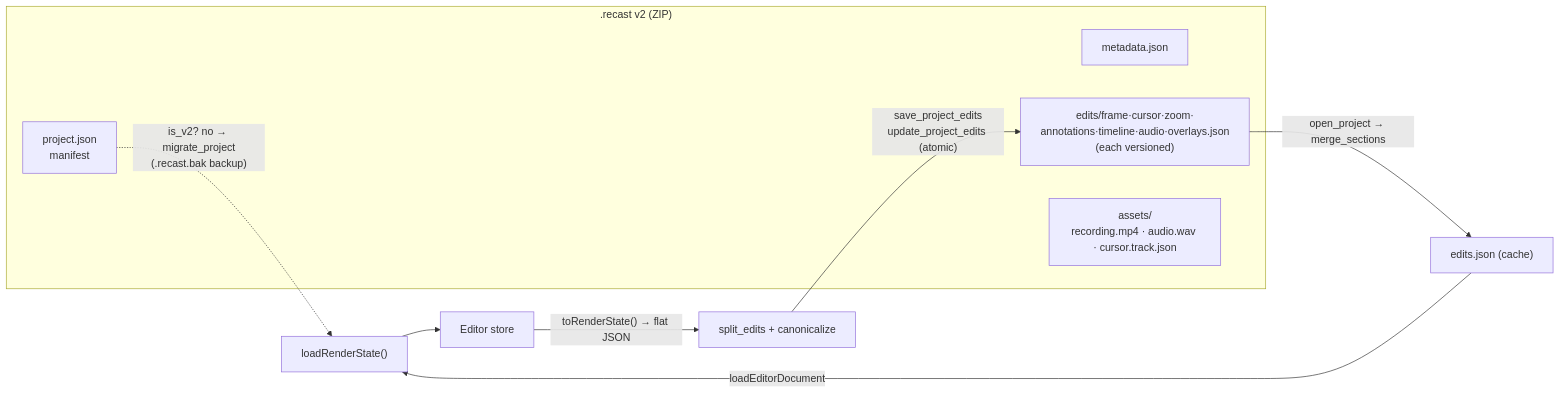
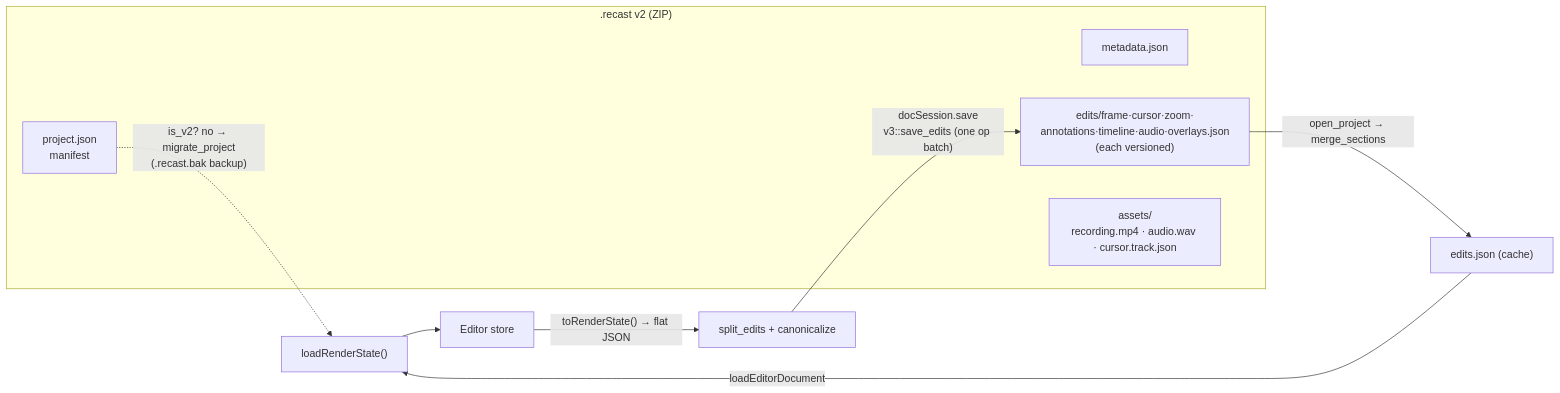
The second of 2 diagrams in apps/web/content/architecture/state-project-format.md (kanakkholwal/recast), drawn with Mermaid before and after one commit. The commit also changed other lines of this file and 34 other files, not shown here.

````diff
--- a/apps/web/content/architecture/state-project-format.md
+++ b/apps/web/content/architecture/state-project-format.md
@@ -81,18 +81,18 @@
 ```mermaid
 flowchart LR
     subgraph disk[".recast v2 (ZIP)"]
         man["project.json<br/>manifest"]
         meta["metadata.json"]
         sec["edits/frame·cursor·zoom·<br/>annotations·timeline·audio·overlays.json<br/>(each versioned)"]
         assets["assets/<br/>recording.mp4 · audio.wav · cursor.track.json"]
     end
 
     store["Editor store"]
 
     store -->|"toRenderState() → flat JSON"| split["split_edits + canonicalize"]
-    split -->|"save_project_edits<br/>update_project_edits (atomic)"| sec
+    split -->|"docSession.save<br/>v3::save_edits (one op batch)"| sec
     sec -->|"open_project → merge_sections"| merged["edits.json (cache)"]
     merged -->|"loadEditorDocument"| load["loadRenderState()"]
     load --> store
     man -. "is_v2? no → migrate_project<br/>(.recast.bak backup)" .-> load
 ```
````
